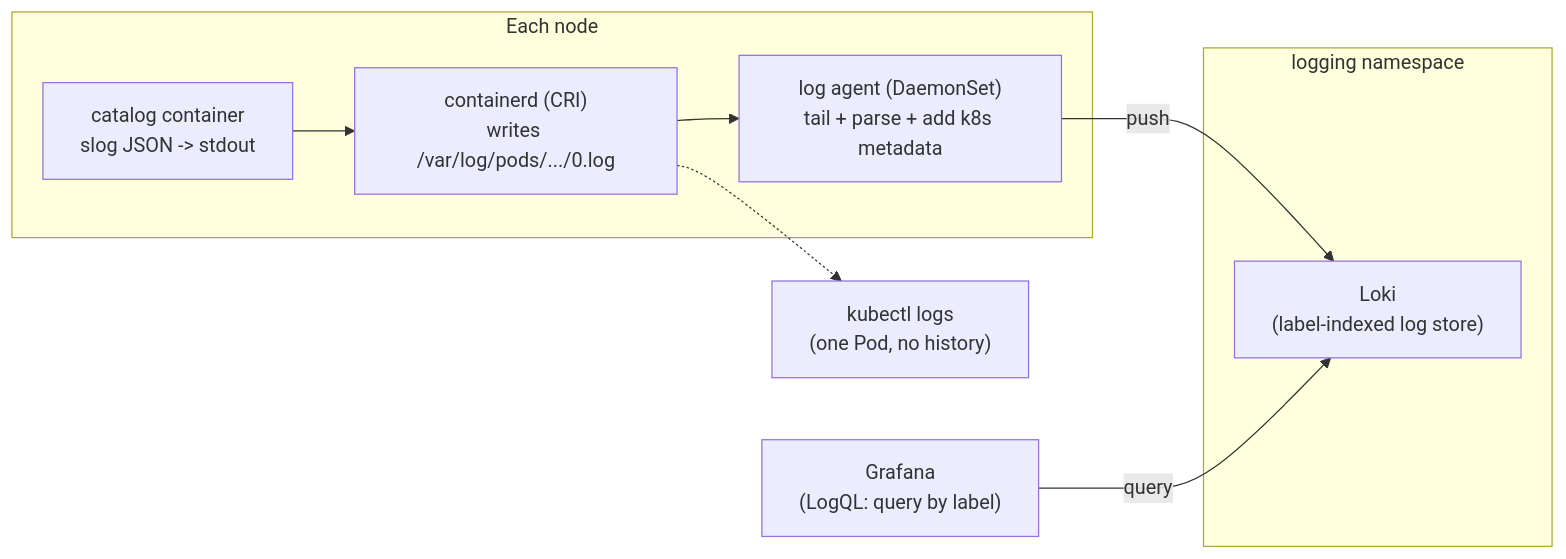
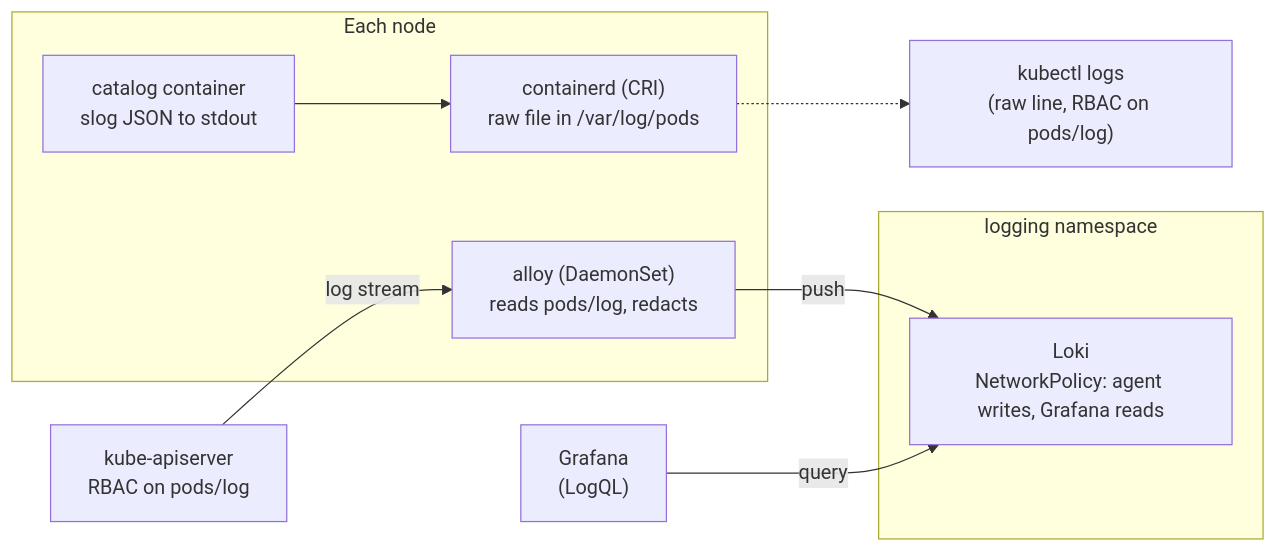
The diagram in full-guide/06-production-readiness/02-logging.md (abd-ulbasit/bookstore-kubernetes-guide), drawn with Mermaid before and after one commit. The commit also changed other lines of this file and 2 other files, not shown here.

First line of the commit message:
06.02 logging: secrets in logs, a locked store, an agent that reads via the API

````diff
--- a/full-guide/06-production-readiness/02-logging.md
+++ b/full-guide/06-production-readiness/02-logging.md
@@ -74,19 +91,20 @@
 ```mermaid
 flowchart LR
     subgraph node["Each node"]
-      app["catalog container<br/>slog JSON -> stdout"]
-      cri["containerd (CRI)<br/>writes /var/log/pods/.../0.log"]
-      agent["log agent (DaemonSet)<br/>tail + parse + add k8s metadata"]
+      app["catalog container<br/>slog JSON to stdout"]
+      cri["containerd (CRI)<br/>raw file in /var/log/pods"]
+      agent["alloy (DaemonSet)<br/>reads pods/log, redacts"]
     end
+    api["kube-apiserver<br/>RBAC on pods/log"]
     subgraph store["logging namespace"]
-      loki["Loki<br/>(label-indexed log store)"]
+      loki["Loki<br/>NetworkPolicy: agent writes, Grafana reads"]
     end
-    graf["Grafana<br/>(LogQL: query by label)"]
-    kctl["kubectl logs<br/>(one Pod, no history)"]
+    graf["Grafana<br/>(LogQL)"]
+    kctl["kubectl logs<br/>(raw line, RBAC on pods/log)"]
 
     app --> cri
-    cri --> agent
     cri -.-> kctl
+    api -->|log stream| agent
     agent -->|push| loki
     graf -->|query| loki
 ```
````
